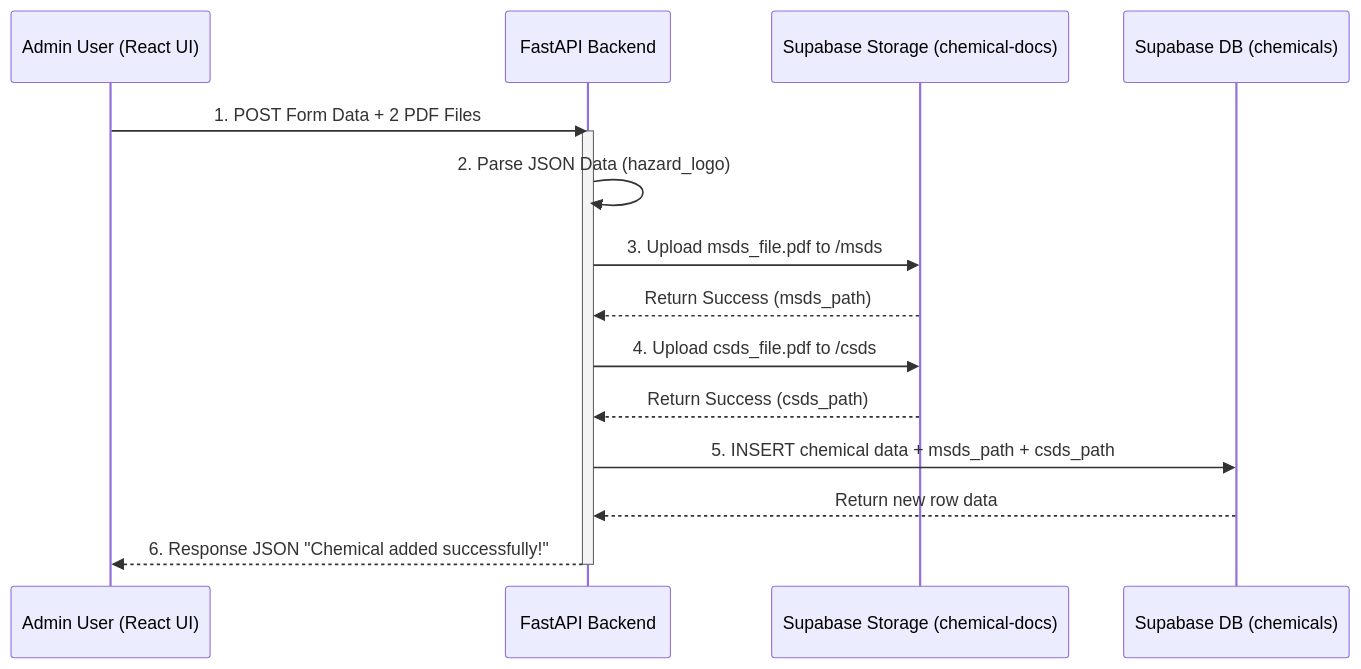
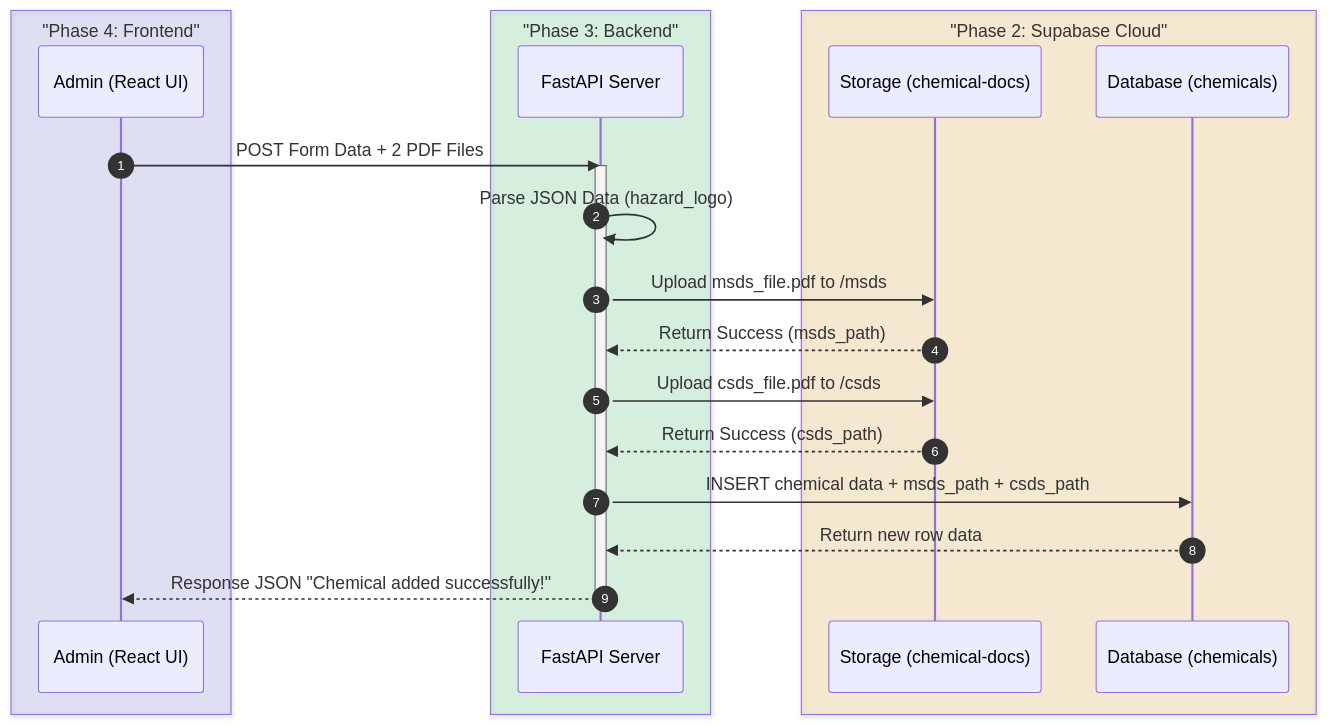
The third of 5 diagrams in README.md (kneknew/tremon_hse), drawn with Mermaid before and after one commit. The commit also changed other lines of this file, not shown here.

First line of the commit message:
Enhance README with updated project details and diagrams

````diff
--- a/README.md
+++ b/README.md
@@ -123,24 +150,35 @@
 ```mermaid
 sequenceDiagram
-    participant Admin as Admin User (React UI)
-    participant API as FastAPI Backend
-    participant Storage as Supabase Storage (chemical-docs)
-    participant DB as Supabase DB (chemicals)
+    autonumber
+    
+    %% Using rgba() for transparent backgrounds to support Light/Dark mode readability
+    box rgba(99, 102, 241, 0.15) "Phase 4: Frontend"
+        participant Admin as Admin (React UI)
+    end
+    
+    box rgba(34, 197, 94, 0.15) "Phase 3: Backend"
+        participant API as FastAPI Server
+    end
+    
+    box rgba(245, 158, 11, 0.15) "Phase 2: Supabase Cloud"
+        participant Storage as Storage (chemical-docs)
+        participant DB as Database (chemicals)
+    end
 
-    Admin->>API: 1. POST Form Data + 2 PDF Files
+    Admin->>API: POST Form Data + 2 PDF Files
     activate API
     
-    API->>API: 2. Parse JSON Data (hazard_logo)
+    API->>API: Parse JSON Data (hazard_logo)
     
-    API->>Storage: 3. Upload msds_file.pdf to /msds
+    API->>Storage: Upload msds_file.pdf to /msds
     Storage-->>API: Return Success (msds_path)
     
-    API->>Storage: 4. Upload csds_file.pdf to /csds
+    API->>Storage: Upload csds_file.pdf to /csds
     Storage-->>API: Return Success (csds_path)
     
-    API->>DB: 5. INSERT chemical data + msds_path + csds_path
+    API->>DB: INSERT chemical data + msds_path + csds_path
     DB-->>API: Return new row data
     
-    API-->>Admin: 6. Response JSON "Chemical added successfully!"
+    API-->>Admin: Response JSON "Chemical added successfully!"
     deactivate API
 ```
````
